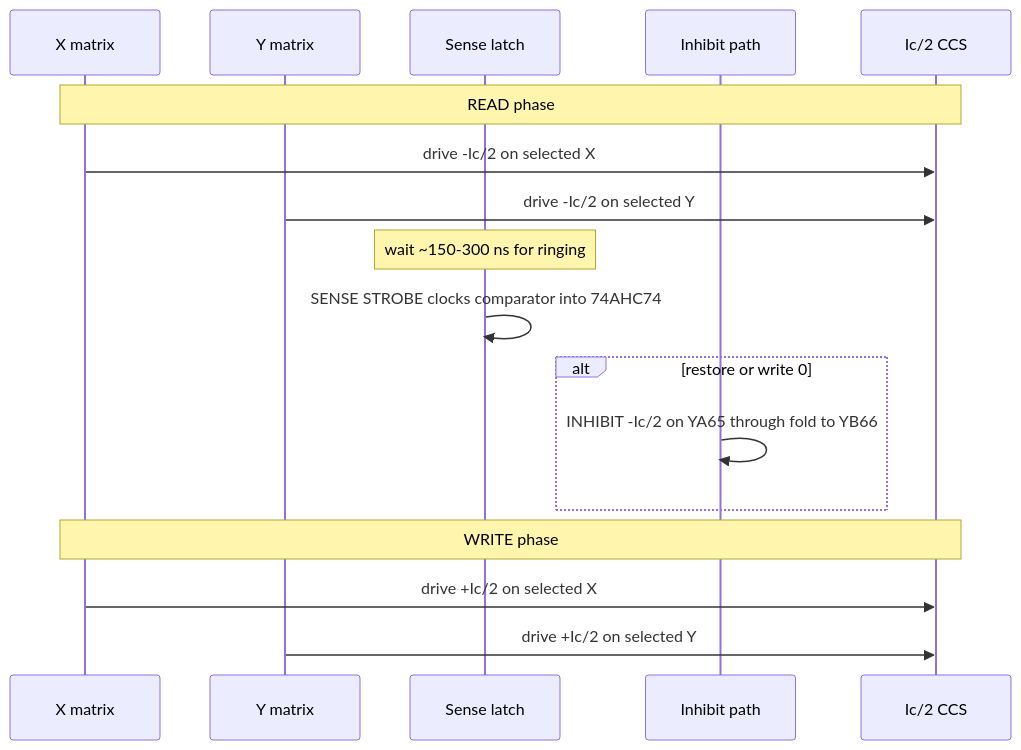
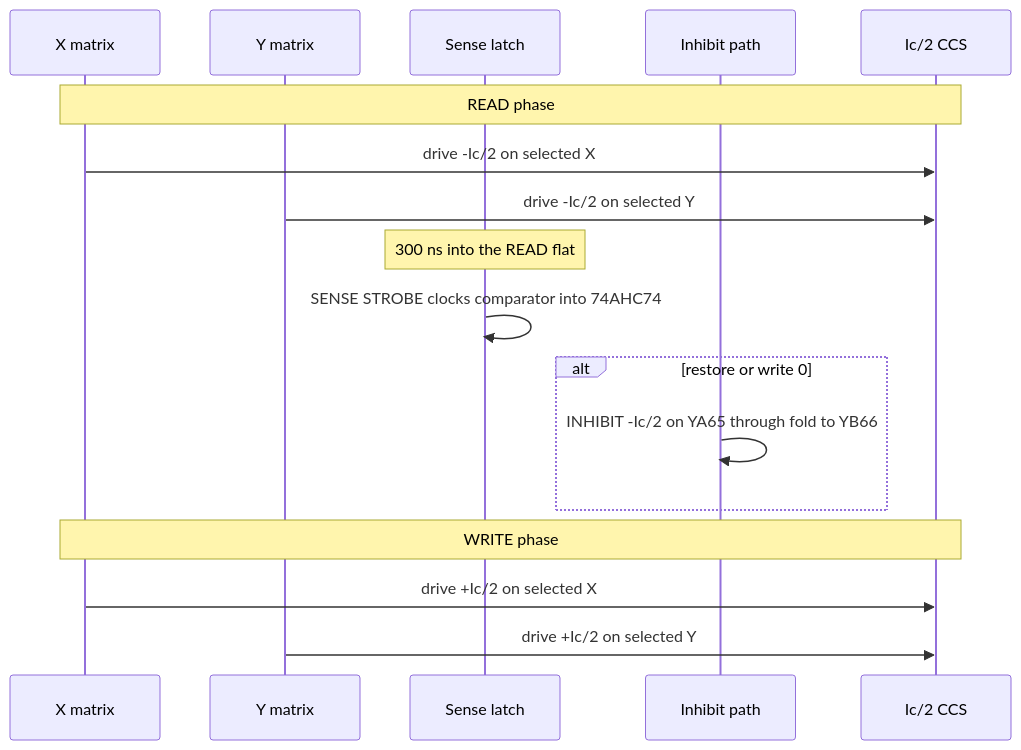
Before and after one commit to fractalclockwork/core-memory: the second of 2 diagrams in docs/theory_of_operation.md, drawn with Mermaid. The commit also changed other lines of this file and 44 other files, not shown here.

````diff
--- a/docs/theory_of_operation.md
+++ b/docs/theory_of_operation.md
@@ -65,22 +65,22 @@
 ```mermaid
 sequenceDiagram
   participant X as X matrix
   participant Y as Y matrix
   participant S as Sense latch
   participant I as Inhibit path
   participant CCS as Ic/2 CCS
 
   Note over X,CCS: READ phase
   X->>CCS: drive -Ic/2 on selected X
   Y->>CCS: drive -Ic/2 on selected Y
-  Note over S: wait ~150-300 ns for ringing
+  Note over S: 300 ns into the READ flat
   S->>S: SENSE STROBE clocks comparator into 74AHC74
 
   alt restore or write 0
     I->>I: INHIBIT -Ic/2 on YA65 through fold to YB66
   end
 
   Note over X,CCS: WRITE phase
   X->>CCS: drive +Ic/2 on selected X
   Y->>CCS: drive +Ic/2 on selected Y
 ```
````
